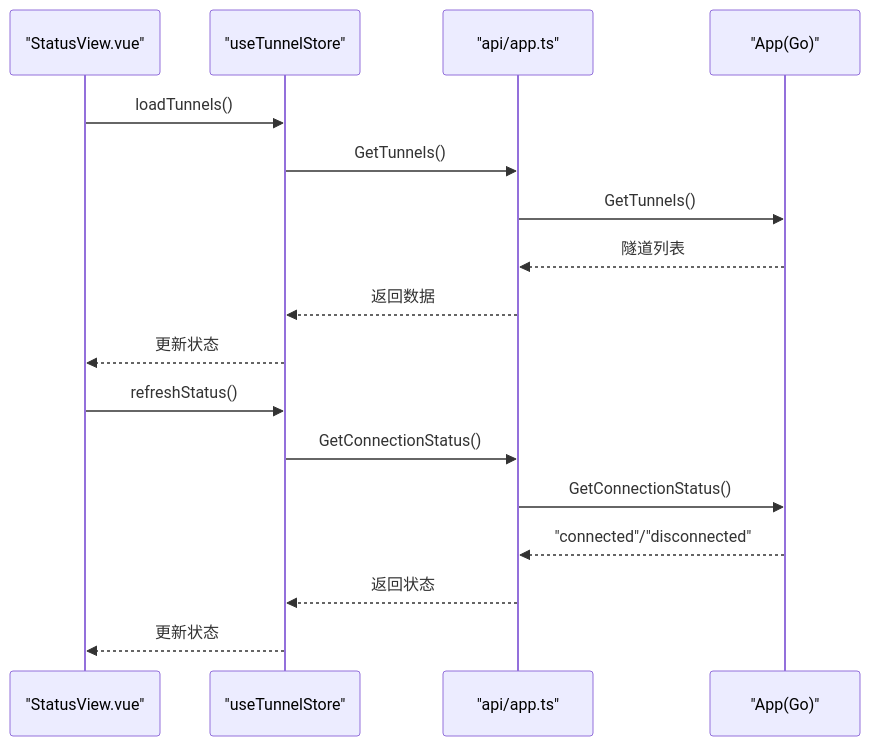
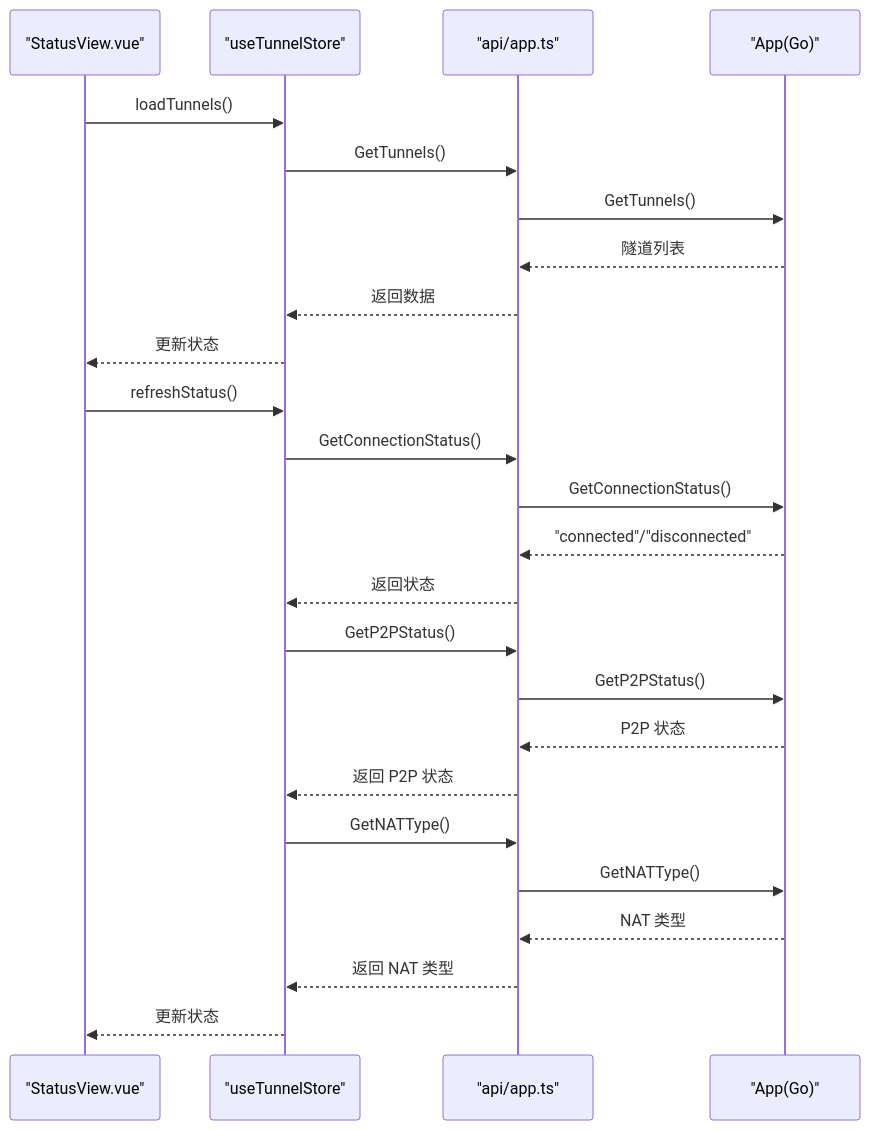
One commit to itsharex/NexTunnel changed the seventh of 15 diagrams in .qoder/repowiki/zh/content/桌面端应用/桌面端应用.md. Above: the diagram before and after it, drawn with Mermaid. The commit also changed other lines of this file and 6 other files, not shown here.

First line of the commit message:
docs(progress): 更新项目进度，标记 Phase 2 完成并完善相关文档和视图

````diff
--- a/.qoder/repowiki/zh/content/桌面端应用/桌面端应用.md
+++ b/.qoder/repowiki/zh/content/桌面端应用/桌面端应用.md
@@ -265,19 +310,27 @@
 ```mermaid
 sequenceDiagram
 participant View as "StatusView.vue"
 participant Store as "useTunnelStore"
 participant API as "api/app.ts"
 participant App as "App(Go)"
 View->>Store : loadTunnels()
 Store->>API : GetTunnels()
 API->>App : GetTunnels()
 App-->>API : 隧道列表
 API-->>Store : 返回数据
 Store-->>View : 更新状态
 View->>Store : refreshStatus()
 Store->>API : GetConnectionStatus()
 API->>App : GetConnectionStatus()
 App-->>API : "connected"/"disconnected"
 API-->>Store : 返回状态
+Store->>API : GetP2PStatus()
+API->>App : GetP2PStatus()
+App-->>API : P2P 状态
+API-->>Store : 返回 P2P 状态
+Store->>API : GetNATType()
+API->>App : GetNATType()
+App-->>API : NAT 类型
+API-->>Store : 返回 NAT 类型
 Store-->>View : 更新状态
 ```
````
